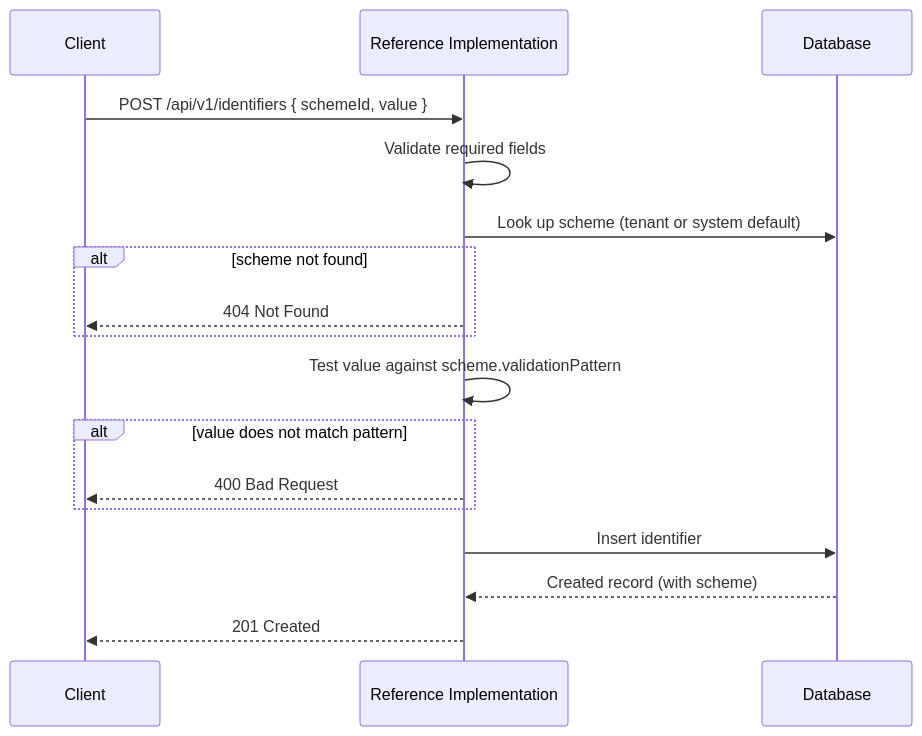
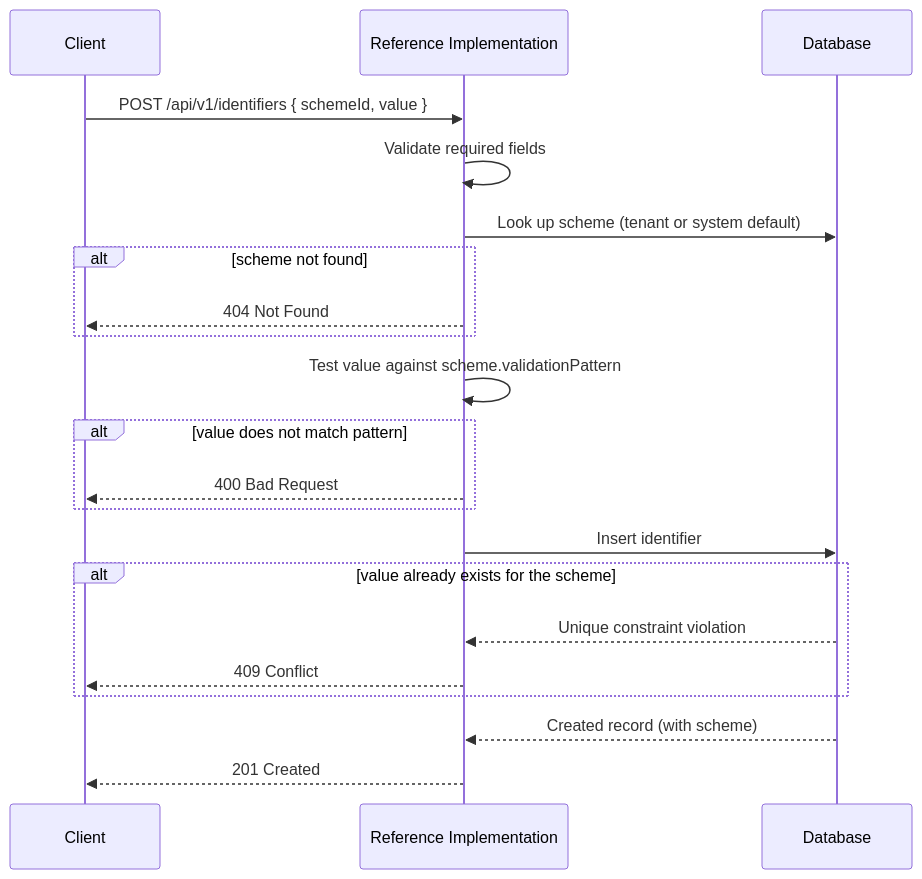
Before and after one commit to uncefact/tests-untp: the third of 6 diagrams in documentation/docs/reference-implementation/api/identifiers.md, drawn with Mermaid. The commit also changed other lines of this file and 57 other files, not shown here.

````diff
--- a/documentation/docs/reference-implementation/api/identifiers.md
+++ b/documentation/docs/reference-implementation/api/identifiers.md
@@ -218,20 +228,24 @@
 ```mermaid
 sequenceDiagram
     participant Client
     participant RI as Reference Implementation
     participant DB as Database
 
     Client->>RI: POST /api/v1/identifiers { schemeId, value }
     RI->>RI: Validate required fields
     RI->>DB: Look up scheme (tenant or system default)
     alt scheme not found
         RI-->>Client: 404 Not Found
     end
     RI->>RI: Test value against scheme.validationPattern
     alt value does not match pattern
         RI-->>Client: 400 Bad Request
     end
     RI->>DB: Insert identifier
+    alt value already exists for the scheme
+        DB-->>RI: Unique constraint violation
+        RI-->>Client: 409 Conflict
+    end
     DB-->>RI: Created record (with scheme)
     RI-->>Client: 201 Created
 ```
````
